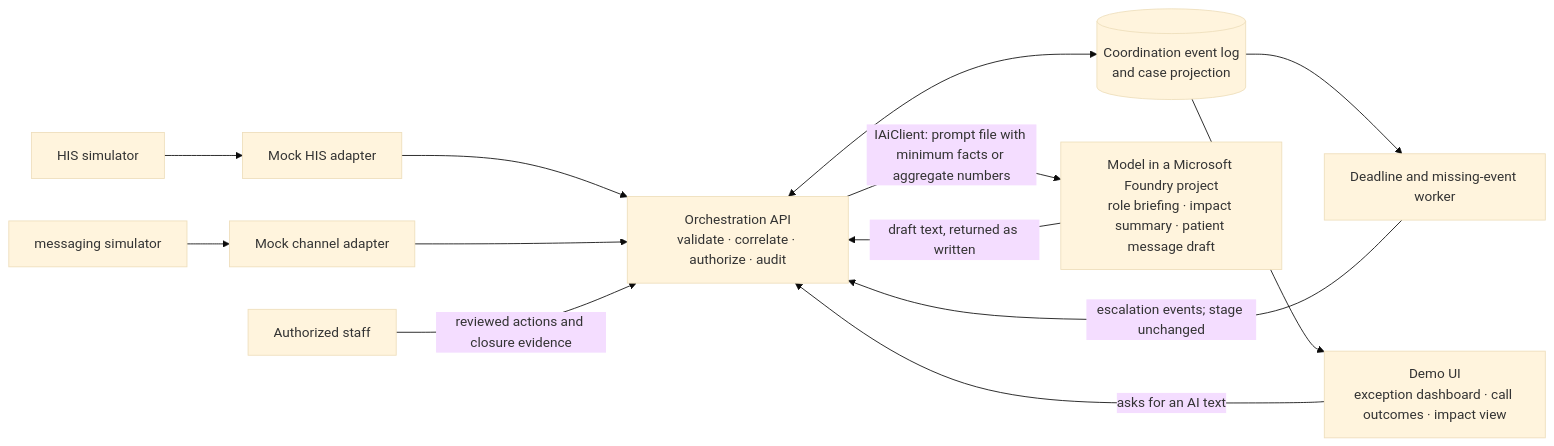
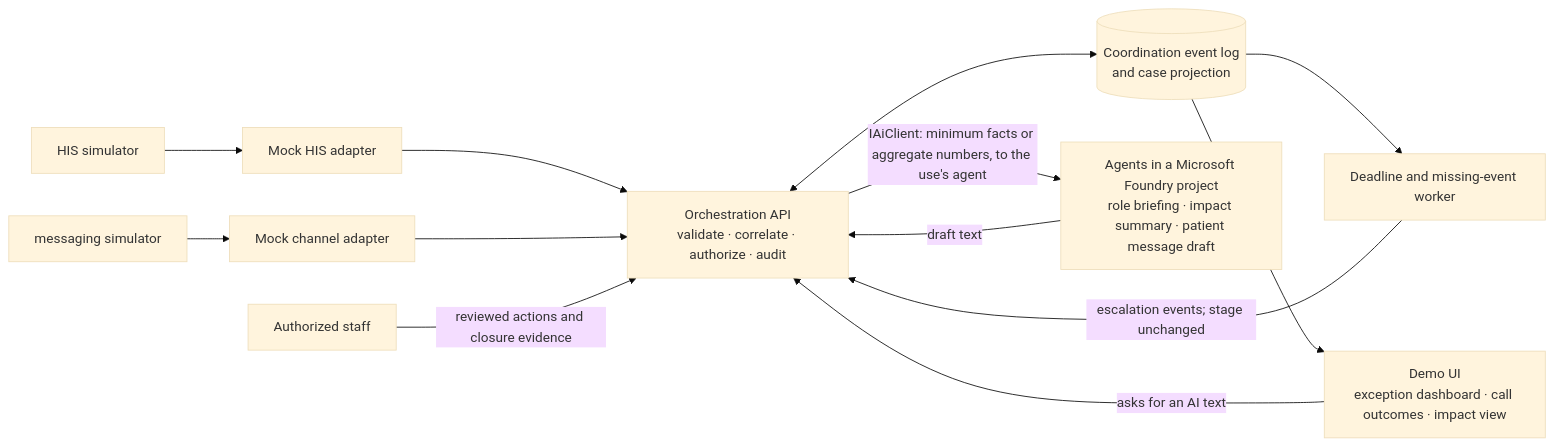
One commit to savannah-pulse/care-loop changed the first of 2 diagrams in docs/ai-design/architecture.md. Above: the diagram before and after it, drawn with Mermaid (base theme). The commit also changed other lines of this file and 40 other files, not shown here.

First line of the commit message:
Route AI texts through named Foundry agents

````diff
--- a/docs/ai-design/architecture.md
+++ b/docs/ai-design/architecture.md
@@ -13,24 +13,24 @@
 ```mermaid
 flowchart LR
     HIS[HIS simulator]
     CHANNEL[messaging simulator]
     HISADAPTER[Mock HIS adapter]
     CHANNELADAPTER[Mock channel adapter]
     API[Orchestration API<br/>validate · correlate · authorize · audit]
     STORE[(Coordination event log<br/>and case projection)]
     WORKER[Deadline and missing-event worker]
     UI[Demo UI<br/>exception dashboard · call outcomes · impact view]
-    MODEL[Model in a Microsoft Foundry project<br/>role briefing · impact summary · patient message draft]
+    MODEL[Agents in a Microsoft Foundry project<br/>role briefing · impact summary · patient message draft]
     HUMAN[Authorized staff]
 
     HIS --> HISADAPTER --> API
     CHANNEL --> CHANNELADAPTER --> API
     API <--> STORE
     STORE --> WORKER
     WORKER -->|escalation events; stage unchanged| API
     STORE --> UI
     HUMAN -->|reviewed actions and closure evidence| API
     UI -->|asks for an AI text| API
-    API -->|IAiClient: prompt file with minimum facts or aggregate numbers| MODEL
-    MODEL -->|draft text, returned as written| API
+    API -->|IAiClient: minimum facts or aggregate numbers, to the use's agent| MODEL
+    MODEL -->|draft text| API
 ```
````
